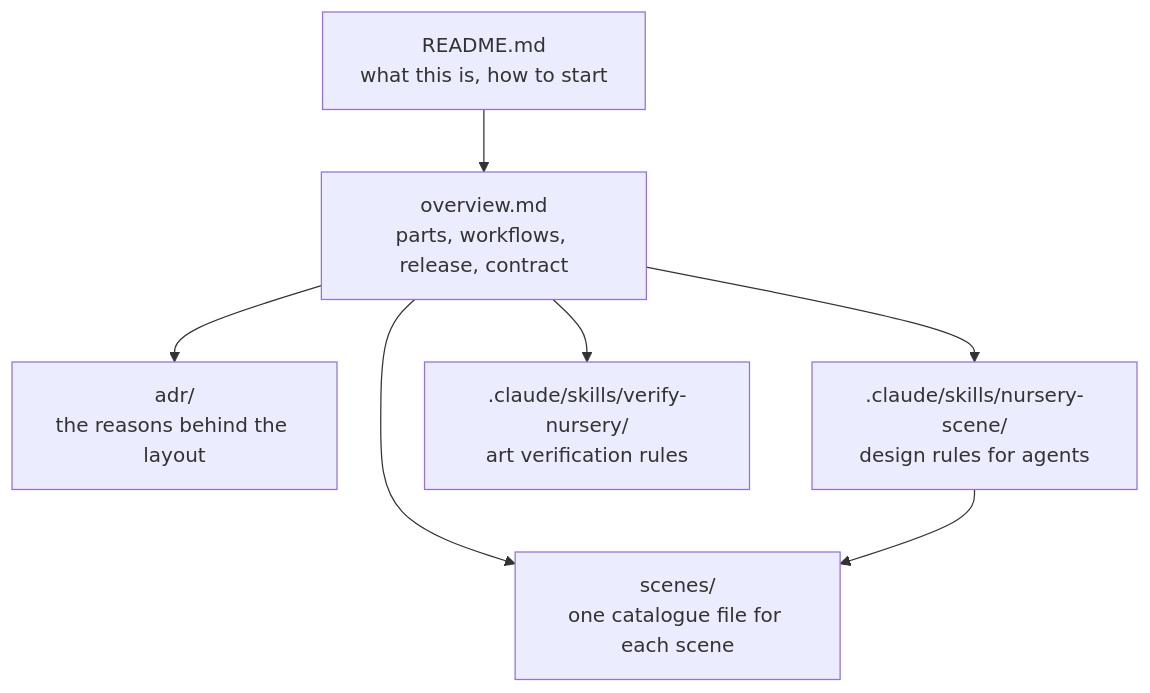
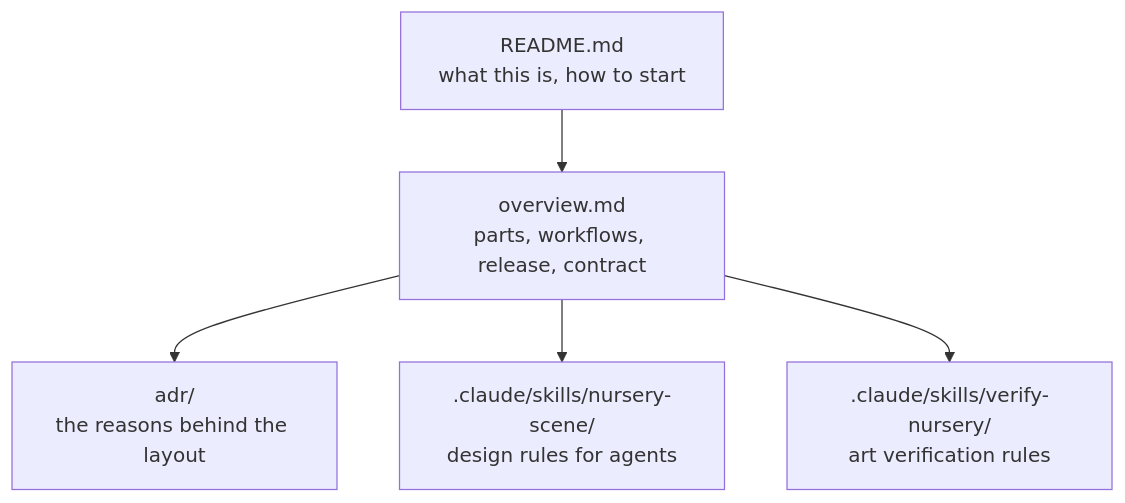
One commit to spinningyoyo/omsync-nursery changed the diagram in docs/README.md. Above: the diagram before and after it, drawn with Mermaid. The commit also changed other lines of this file and 109 other files, not shown here.

````diff
--- a/docs/README.md
+++ b/docs/README.md
@@ -3,9 +3,7 @@
 ```mermaid
 flowchart TD
     Readme["README.md<br/>what this is, how to start"] --> Overview["overview.md<br/>parts, workflows, release, contract"]
-    Overview --> Scenes["scenes/<br/>one catalogue file for each scene"]
     Overview --> Adr["adr/<br/>the reasons behind the layout"]
     Overview --> Skill[".claude/skills/nursery-scene/<br/>design rules for agents"]
     Overview --> VerifySkill[".claude/skills/verify-nursery/<br/>art verification rules"]
-    Skill --> Scenes
 ```
````
